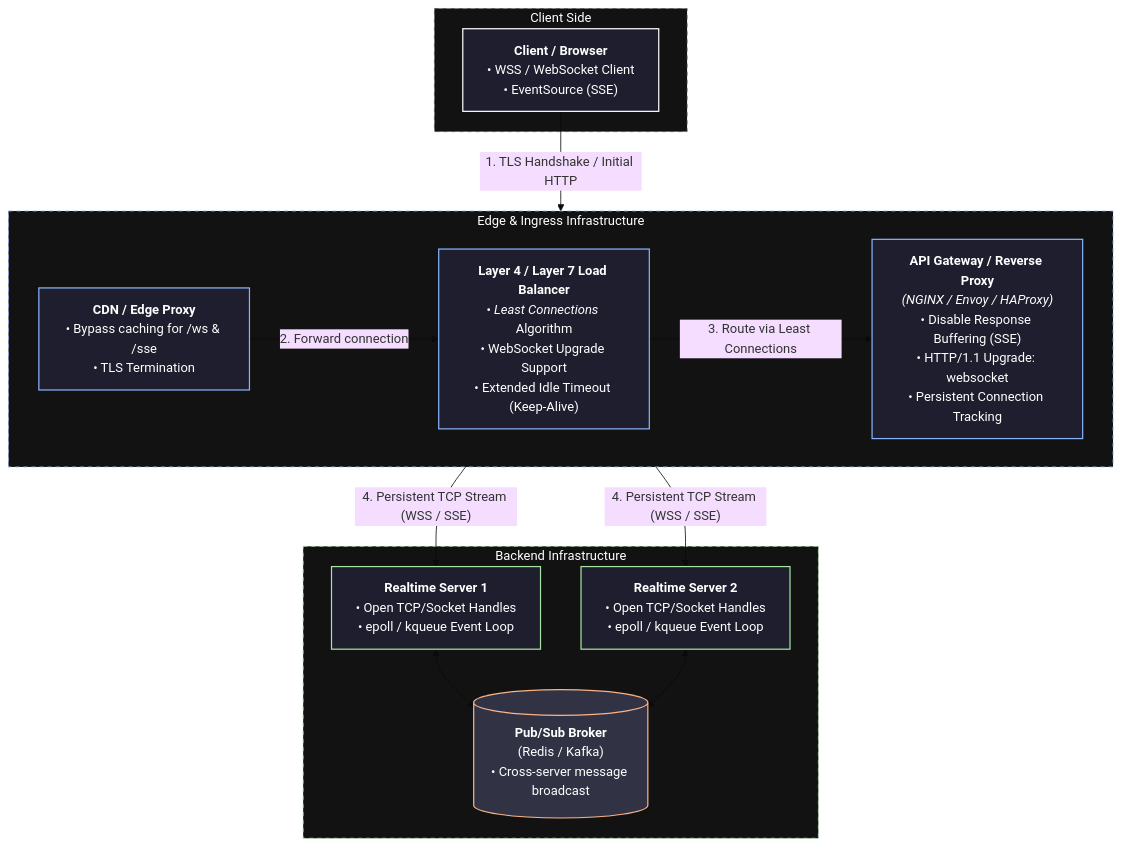
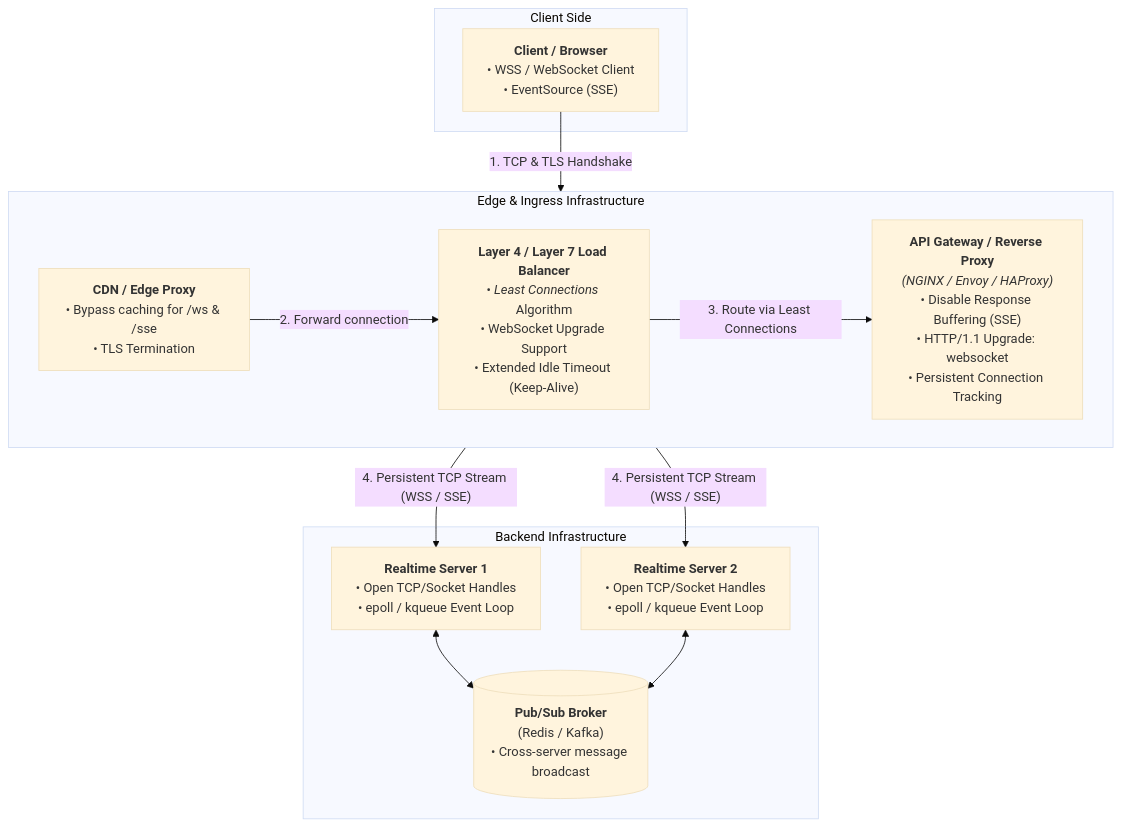
The third of 3 diagrams in docs/2022-2025/SE_02_system-design/SD_01_Foundation/05_IPC/02_02_streaming-wss.md (lekhrajdinkar/solution-engineer), drawn with Mermaid (base theme) before and after one commit. The commit also changed other lines of this file and 5 other files, not shown here.

````diff
--- a/docs/2022-2025/SE_02_system-design/SD_01_Foundation/05_IPC/02_02_streaming-wss.md
+++ b/docs/2022-2025/SE_02_system-design/SD_01_Foundation/05_IPC/02_02_streaming-wss.md
@@ -140,42 +135,30 @@
 ```mermaid
 flowchart TB
     subgraph ClientLayer ["Client Side"]
         Client["<b>Client / Browser</b><br>• WSS / WebSocket Client<br>• EventSource (SSE)"]
     end
 
     subgraph EdgeLayer ["Edge & Ingress Infrastructure"]
     direction LR
         CDN["<b>CDN / Edge Proxy</b><br>• Bypass caching for /ws & /sse<br>• TLS Termination"]
         LB["<b>Layer 4 / Layer 7 Load Balancer</b><br>• <i>Least Connections</i> Algorithm<br>• WebSocket Upgrade Support<br>• Extended Idle Timeout (Keep-Alive)"]
         Gateway["<b>API Gateway / Reverse Proxy</b><br><i>(NGINX / Envoy / HAProxy)</i><br>• Disable Response Buffering (SSE)<br>• HTTP/1.1 Upgrade: websocket<br>• Persistent Connection Tracking"]
     end
 
     subgraph ServerLayer ["Backend Infrastructure"]
         App1["<b>Realtime Server 1</b><br>• Open TCP/Socket Handles<br>• epoll / kqueue Event Loop"]
         App2["<b>Realtime Server 2</b><br>• Open TCP/Socket Handles<br>• epoll / kqueue Event Loop"]
         RedisPubSub[("<b>Pub/Sub Broker</b><br>(Redis / Kafka)<br>• Cross-server message broadcast")]
     end
 
     %% Flow connections
-    Client -->|"1. TLS Handshake / Initial HTTP"| CDN
+    Client -->|"1. TCP & TLS Handshake"| CDN
     CDN -->|"2. Forward connection"| LB
     LB -->|"3. Route via Least Connections"| Gateway
     Gateway -->|"4. Persistent TCP Stream (WSS / SSE)"| App1
     Gateway -->|"4. Persistent TCP Stream (WSS / SSE)"| App2
 
     App1 <--> RedisPubSub
     App2 <--> RedisPubSub
 
-    %% Styling
-    style ClientLayer fill:#121212,stroke:#555555,stroke-dasharray: 5 5,color:#ffffff
-    style EdgeLayer fill:#121212,stroke:#89b4fa,stroke-dasharray: 5 5,color:#ffffff
-    style ServerLayer fill:#121212,stroke:#a6e3a1,stroke-dasharray: 5 5,color:#ffffff
-
-    style Client fill:#1e1e2e,stroke:#ffffff,stroke-width:1.5px,color:#ffffff
-    style CDN fill:#1e1e2e,stroke:#89b4fa,stroke-width:1.5px,color:#ffffff
-    style LB fill:#1e1e2e,stroke:#89b4fa,stroke-width:1.5px,color:#ffffff
-    style Gateway fill:#1e1e2e,stroke:#89b4fa,stroke-width:1.5px,color:#ffffff
-    style App1 fill:#1e1e2e,stroke:#a6e3a1,stroke-width:1.5px,color:#ffffff
-    style App2 fill:#1e1e2e,stroke:#a6e3a1,stroke-width:1.5px,color:#ffffff
-    style RedisPubSub fill:#313244,stroke:#fab387,stroke-width:1.5px,color:#ffffff
 ```
````
